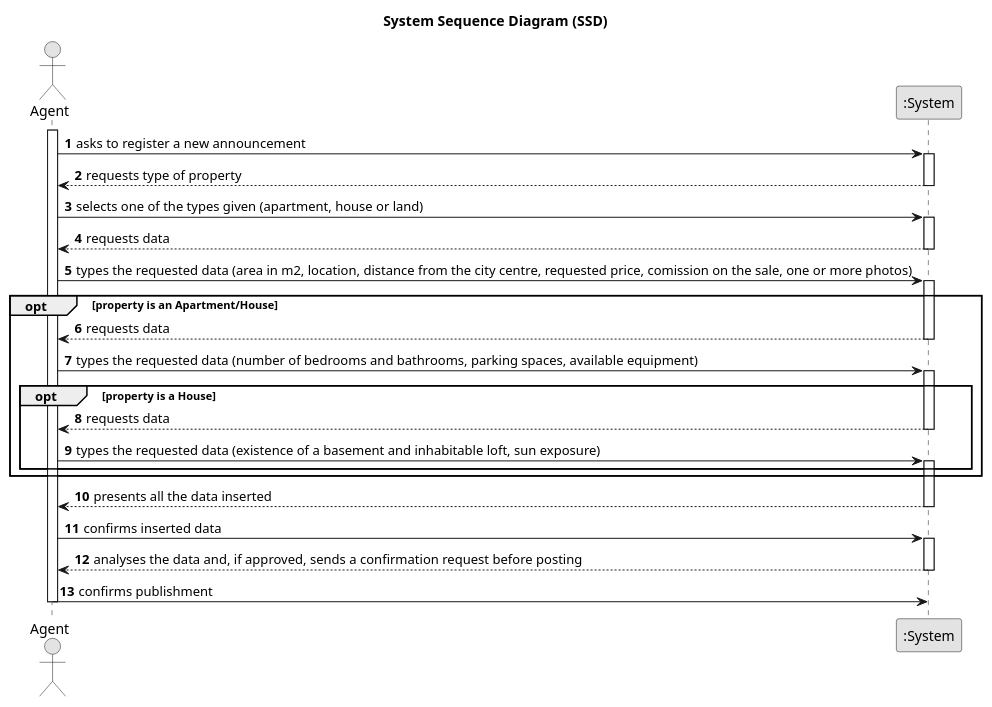
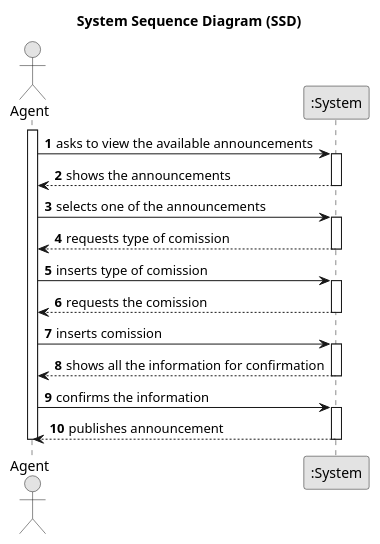
One commit to 1220812/LAPR2 changed the diagram in docs/sprintB/us002/01.requirements-engineering/puml/us002-system-sequence-diagram.puml. Above: the diagram before and after it, drawn with PlantUML. The commit also changed 1 other file, not shown here.

```diff
--- a/docs/sprintB/us002/01.requirements-engineering/puml/us002-system-sequence-diagram.puml
+++ b/docs/sprintB/us002/01.requirements-engineering/puml/us002-system-sequence-diagram.puml
@@ -1,75 +1,57 @@
 @startuml
 skinparam monochrome true
 skinparam packageStyle rectangle
 skinparam shadowing false
 
 title System Sequence Diagram (SSD)
 
 autonumber
 
 actor "Agent" as Agent
 participant ":System" as System
 
 activate Agent
 
-    Agent -> System : asks to register a new announcement
+    Agent -> System : asks to view the available announcements
 
     activate System
 
-        System --> Agent : requests type of property
+        System --> Agent : shows the announcements
 
     deactivate System
 
-    Agent -> System : selects one of the types given (apartment, house or land)
+    Agent -> System : selects one of the announcements
 
     activate System
 
-        System --> Agent : requests data
+        System --> Agent : requests type of comission
 
     deactivate System
 
-    Agent -> System : types the requested data (area in m2, location, distance from the city centre, requested price, comission on the sale, one or more photos)
+    Agent -> System : inserts type of comission
 
-    opt property is an Apartment/House
+    activate System
 
-        activate System
-
-        System --> Agent : requests data
-
-        deactivate System
-
-        Agent -> System : types the requested data (number of bedrooms and bathrooms, parking spaces, available equipment)
-
-        opt property is a House
-
-            activate System
-
-            System --> Agent : requests data
-
-            deactivate System
-
-            Agent -> System : types the requested data (existence of a basement and inhabitable loft, sun exposure)
-
-            activate System
-
-        end opt
-
-    end opt
-
-        System --> Agent : presents all the data inserted
+        System --> Agent : requests the comission
 
     deactivate System
 
-    Agent -> System : confirms inserted data
+    Agent -> System : inserts comission
 
     activate System
 
-        System --> Agent : analyses the data and, if approved, sends a confirmation request before posting
+        System --> Agent : shows all the information for confirmation
 
     deactivate System
 
-    Agent -> System : confirms publishment
+    Agent -> System : confirms the information
+
+    activate System
+
+        System --> Agent : publishes announcement
+
+    deactivate System
 
 deactivate Agent
 
 @enduml
```
